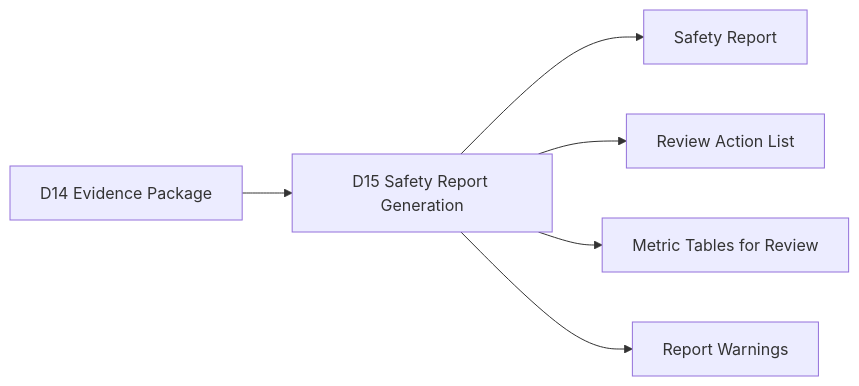
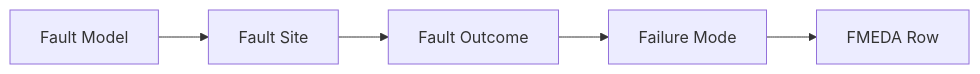
One commit to qiqixixi1001/automotive-safeic-practice changed the fourth of 12 diagrams in articles/15_automotive_safeic_practice_d15_github_en_safety_report_generation.md. Above: the diagram before and after it, drawn with Mermaid. The commit also changed other lines of this file, not shown here.

````diff
--- a/articles/15_automotive_safeic_practice_d15_github_en_safety_report_generation.md
+++ b/articles/15_automotive_safeic_practice_d15_github_en_safety_report_generation.md
@@ -85,8 +309,7 @@
 ```mermaid
 flowchart LR
-    A[D14 Evidence Package] --> B[D15 Safety Report Generation]
-    B --> C[Safety Report]
-    B --> D[Review Action List]
-    B --> E[Metric Tables for Review]
-    B --> F[Report Warnings]
+    A[Fault Model] --> B[Fault Site]
+    B --> C[Fault Outcome]
+    C --> D[Failure Mode]
+    D --> E[FMEDA Row]
 ```
````
